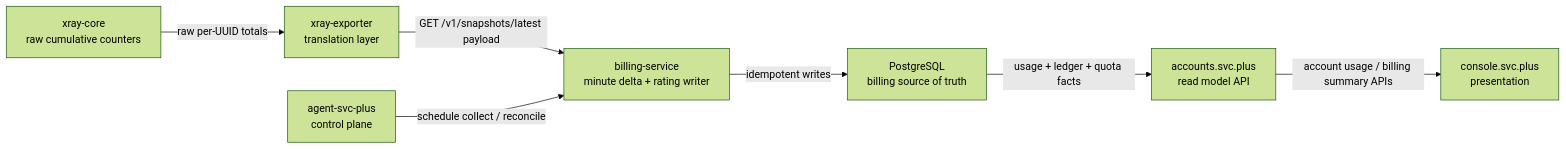
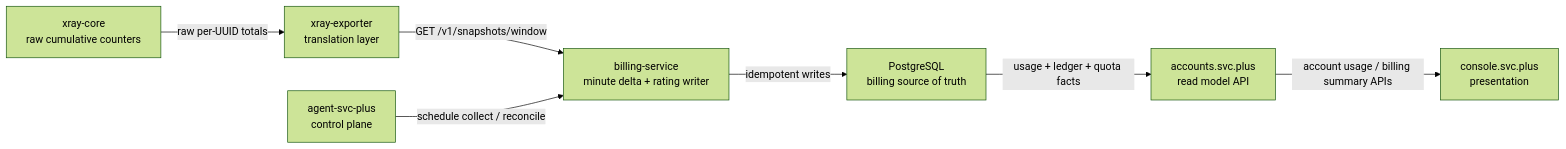
One commit to x-evor/billing-service changed the second of 2 diagrams in docs/architecture.md. Above: the diagram before and after it, drawn with Mermaid (forest theme). The commit also changed other lines of this file and 11 other files, not shown here.

````diff
--- a/docs/architecture.md
+++ b/docs/architecture.md
@@ -39,17 +46,17 @@
 ```mermaid
 flowchart LR
   Xray["xray-core<br/>raw cumulative counters"]
   Exporter["xray-exporter<br/>translation layer"]
   Billing["billing-service<br/>minute delta + rating writer"]
   PostgreSQL["PostgreSQL<br/>billing source of truth"]
   Accounts["accounts.svc.plus<br/>read model API"]
   Console["console.svc.plus<br/>presentation"]
   Agent["agent-svc-plus<br/>control plane"]
 
   Xray -->|"raw per-UUID totals"| Exporter
-  Exporter -->|"GET /v1/snapshots/latest payload"| Billing
+  Exporter -->|"GET /v1/snapshots/window"| Billing
   Agent -->|"schedule collect / reconcile"| Billing
   Billing -->|"idempotent writes"| PostgreSQL
   PostgreSQL -->|"usage + ledger + quota facts"| Accounts
   Accounts -->|"account usage / billing summary APIs"| Console
 ```
````
